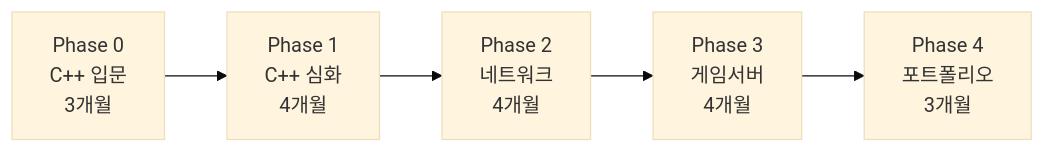
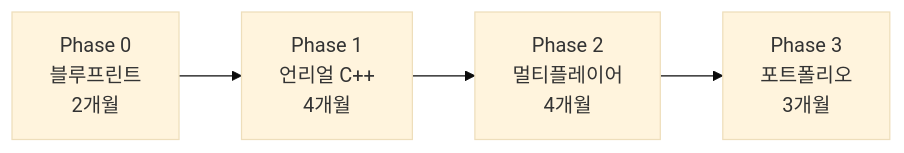
Before and after one commit to Jeong-Jae-Hun/notes: the diagram in content/PROJECT_GAMEDEV/CURRICULUM.md, drawn with Mermaid (base theme). The commit also changed other lines of this file and 9 other files, not shown here.

````diff
--- a/content/PROJECT_GAMEDEV/CURRICULUM.md
+++ b/content/PROJECT_GAMEDEV/CURRICULUM.md
@@ -10,7 +10,6 @@
 ```mermaid
 graph LR
-    A[Phase 0<br/>C++ 입문<br/>3개월] --> B[Phase 1<br/>C++ 심화<br/>4개월]
-    B --> C[Phase 2<br/>네트워크<br/>4개월]
-    C --> D[Phase 3<br/>게임서버<br/>4개월]
-    D --> E[Phase 4<br/>포트폴리오<br/>3개월]
+    A[Phase 0<br/>블루프린트<br/>2개월] --> B[Phase 1<br/>언리얼 C++<br/>4개월]
+    B --> C[Phase 2<br/>멀티플레이어<br/>4개월]
+    C --> D[Phase 3<br/>포트폴리오<br/>3개월]
 ```
````
